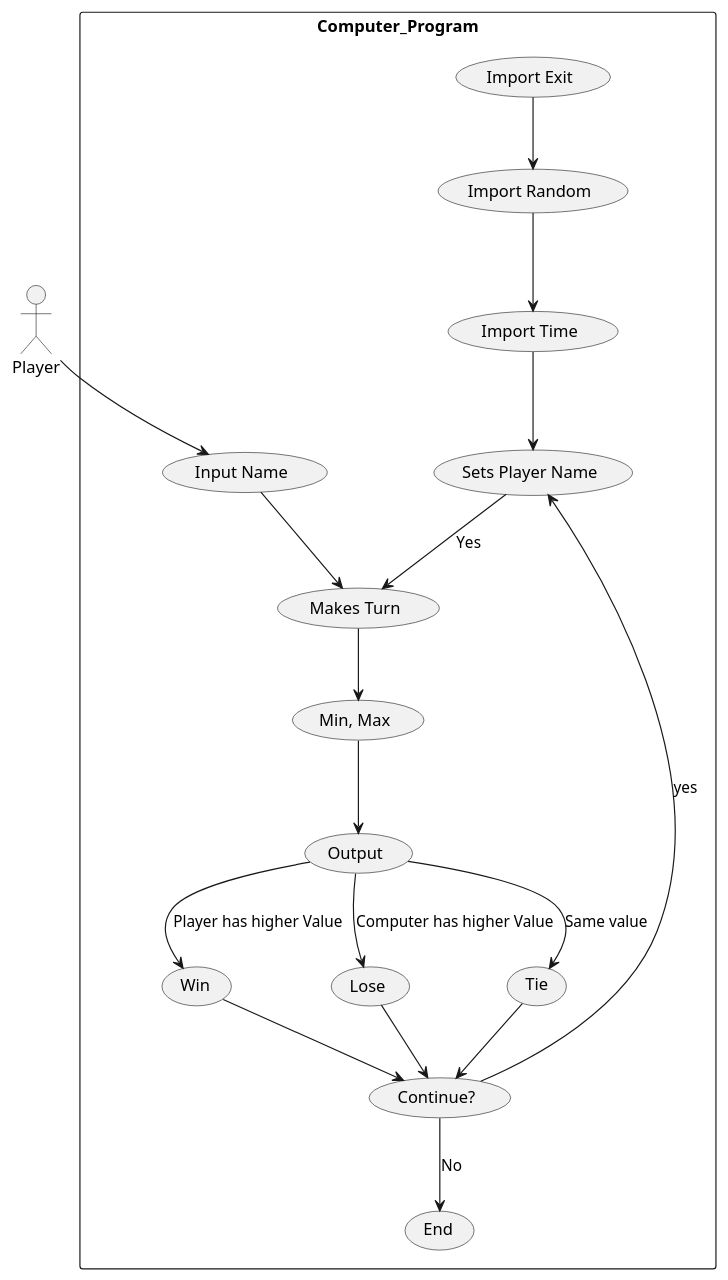
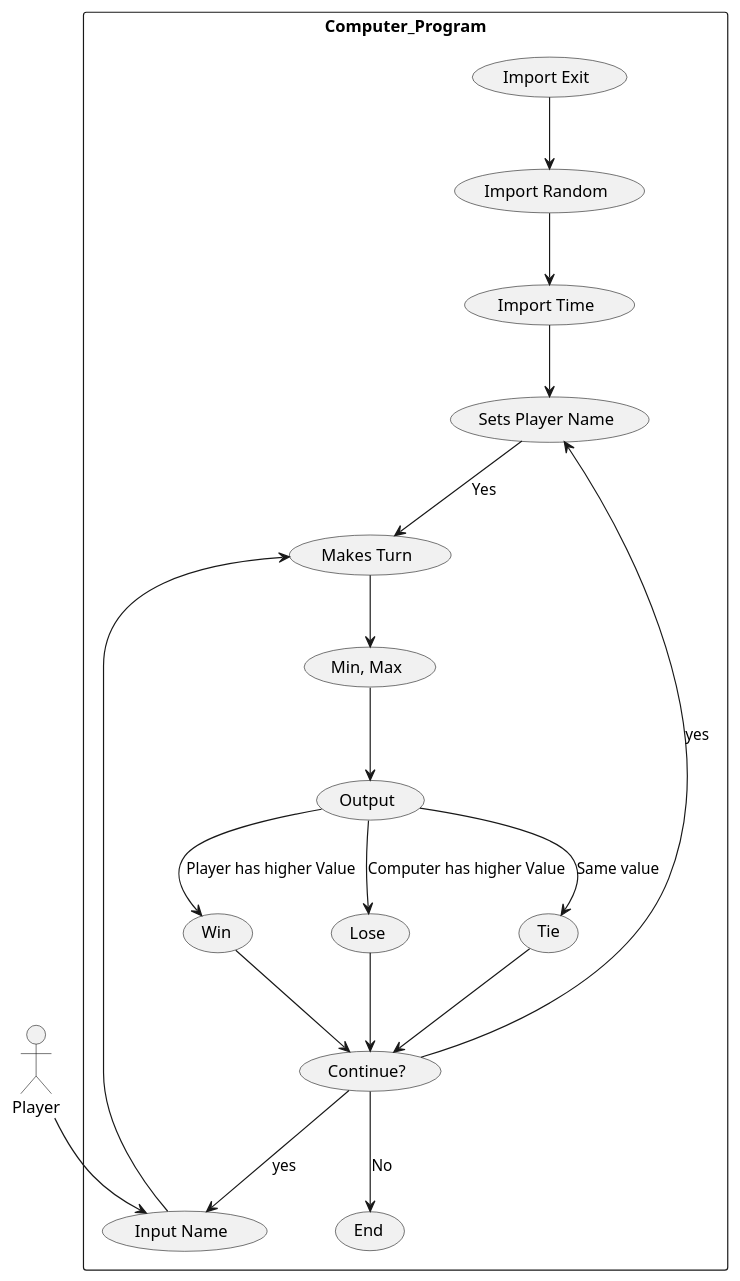
One commit to matthewbonodelasalas/DEPEProject changed the diagram in DEPEProjectDiagram.puml. Above: the diagram before and after it, drawn with PlantUML. The commit also changed 1 other file, not shown here.

```diff
--- a/DEPEProjectDiagram.puml
+++ b/DEPEProjectDiagram.puml
@@ -1,25 +1,26 @@
 @startuml
 
 skinparam packageStyle rectangle
 Actor Player
 rectangle Computer_Program{
 (Import Exit) -->(Import Random)
 (Import Random)-->(Import Time)
 (Player)-->(Input Name)
 (Import Time)-->(Sets Player Name)
 (Sets Player Name)-->(Makes Turn):Yes
 (Continue?)-->(End):No
 (Input Name)-->(Makes Turn)
 (Makes Turn)-->(Min, Max)
 (Min, Max)-->(Output)
 (Output)-->(Win):Player has higher Value
 (Output)-->(Lose):Computer has higher Value
 (Output)-->(Tie):Same value
 (Win)-->(Continue?)
 (Lose)-->(Continue?)
 (Tie)-->(Continue?)
 (Continue?)-->(Sets Player Name):yes
+(Continue?)-->(Input Name):yes
 
 
 
 @enduml
```
